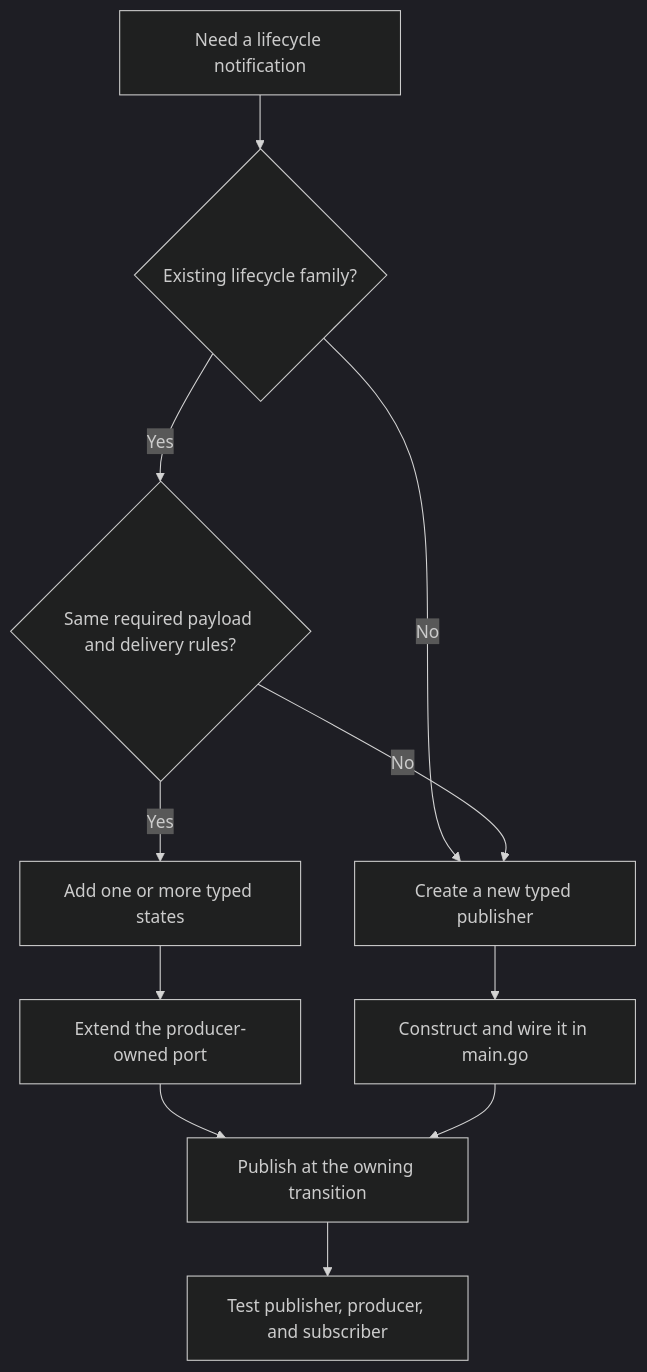
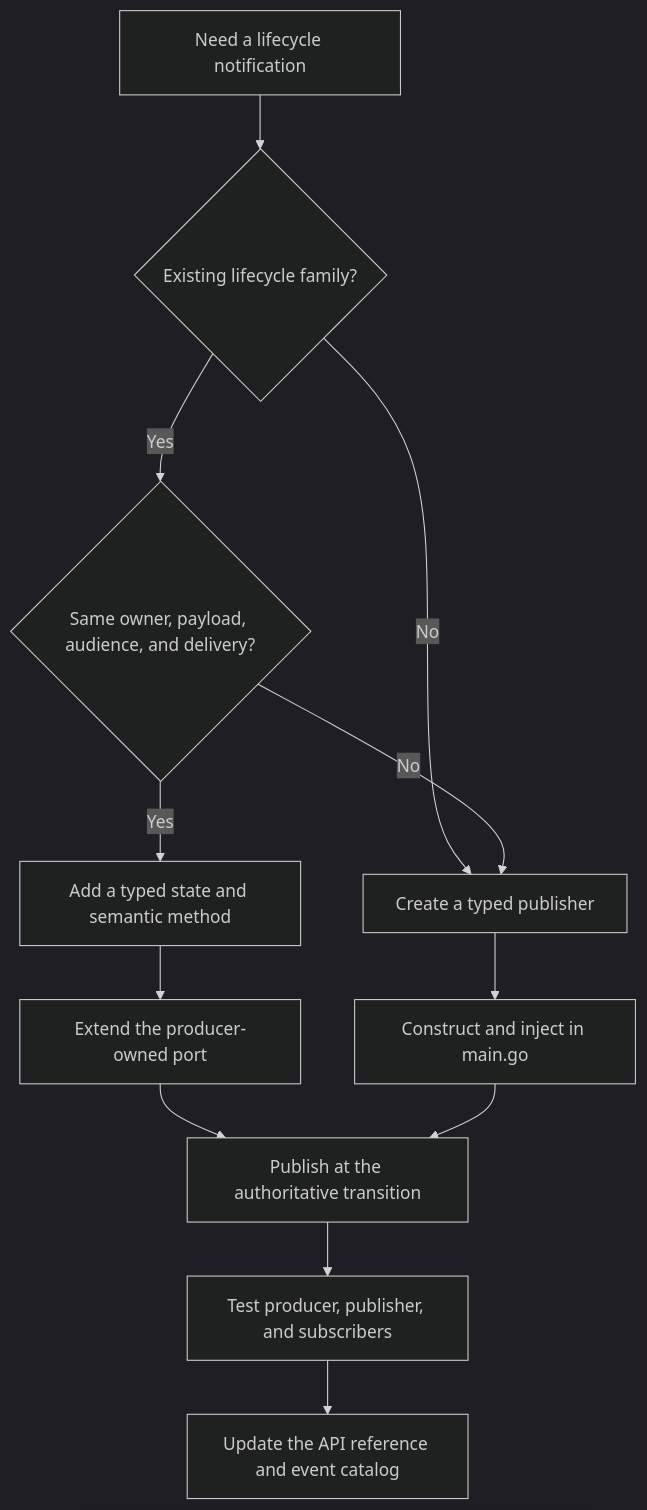
The fourth of 4 diagrams in docs/dev/lifecycle-events.md (futrx-com/remote.futrx), drawn with Mermaid (dark theme) before and after one commit. The commit also changed other lines of this file, not shown here.

Commit message:
docs(lifecycle): document publisher API and events

````diff
--- a/docs/dev/lifecycle-events.md
+++ b/docs/dev/lifecycle-events.md
@@ -209,13 +550,14 @@
 ```mermaid
 flowchart TD
     Need["Need a lifecycle notification"] --> Family{"Existing lifecycle family?"}
-    Family -->|No| NewPublisher["Create a new typed publisher"]
-    Family -->|Yes| Contract{"Same required payload and delivery rules?"}
-    Contract -->|Yes| NewState["Add one or more typed states"]
+    Family -->|No| NewPublisher["Create a typed publisher"]
+    Family -->|Yes| Contract{"Same owner, payload, audience, and delivery?"}
+    Contract -->|Yes| NewState["Add a typed state and semantic method"]
     Contract -->|No| NewPublisher
     NewState --> Port["Extend the producer-owned port"]
-    NewPublisher --> Compose["Construct and wire it in main.go"]
-    Port --> Emit["Publish at the owning transition"]
+    NewPublisher --> Compose["Construct and inject in main.go"]
+    Port --> Emit["Publish at the authoritative transition"]
     Compose --> Emit
-    Emit --> Verify["Test publisher, producer, and subscriber"]
+    Emit --> Verify["Test producer, publisher, and subscribers"]
+    Verify --> Catalog["Update the API reference and event catalog"]
 ```
````
